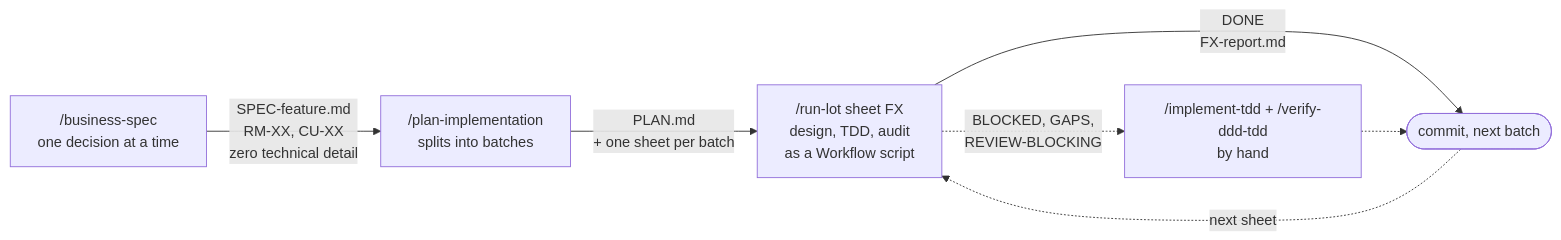
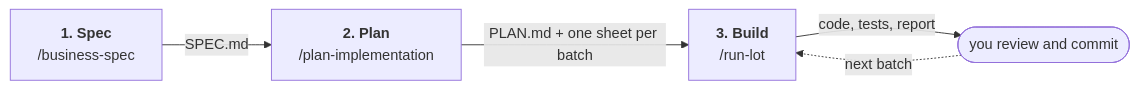
Before and after one commit to pierrebelin/claude-code-toolkit: the first of 2 diagrams in README.md, drawn with Mermaid. The commit also changed other lines of this file and 11 other files, not shown here.

````diff
--- a/README.md
+++ b/README.md
@@ -22,15 +24,7 @@
 ```mermaid
 flowchart LR
-    S["/business-spec<br/>one decision at a time"]
-    P["/plan-implementation<br/>splits into batches"]
-    R["/run-lot sheet FX<br/>design, TDD, audit<br/>as a Workflow script"]
-    M["/implement-tdd + /verify-ddd-tdd<br/>by hand"]
-    N(["commit, next batch"])
-
-    S -->|"SPEC-feature.md<br/>RM-XX, CU-XX<br/>zero technical detail"| P
-    P -->|"PLAN.md<br/>+ one sheet per batch"| R
-    R -->|"DONE<br/>FX-report.md"| N
-    R -.->|"BLOCKED, GAPS,<br/>REVIEW-BLOCKING"| M
-    M -.-> N
-    N -.->|"next sheet"| R
+    S["<b>1. Spec</b><br/>/business-spec"] -->|SPEC.md| P["<b>2. Plan</b><br/>/plan-implementation"]
+    P -->|"PLAN.md + one sheet per batch"| R["<b>3. Build</b><br/>/run-lot"]
+    R -->|"code, tests, report"| C(["you review and commit"])
+    C -.->|next batch| R
 ```
````
